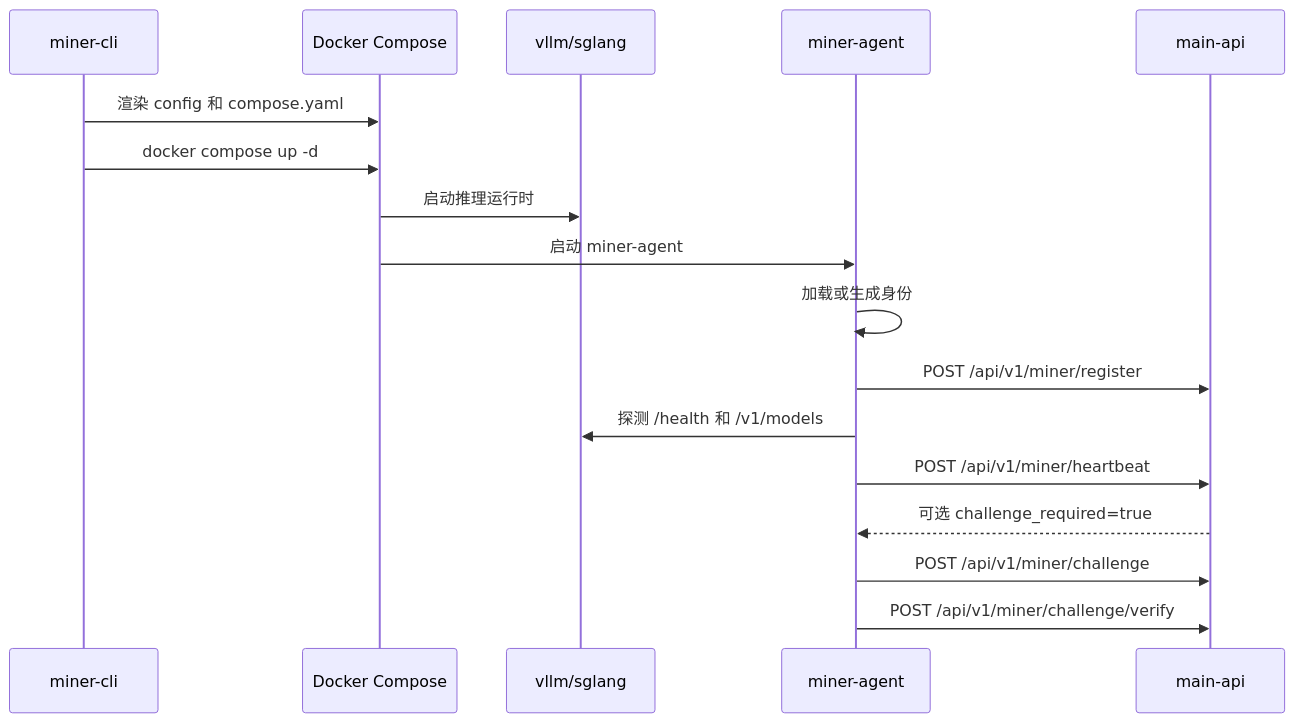
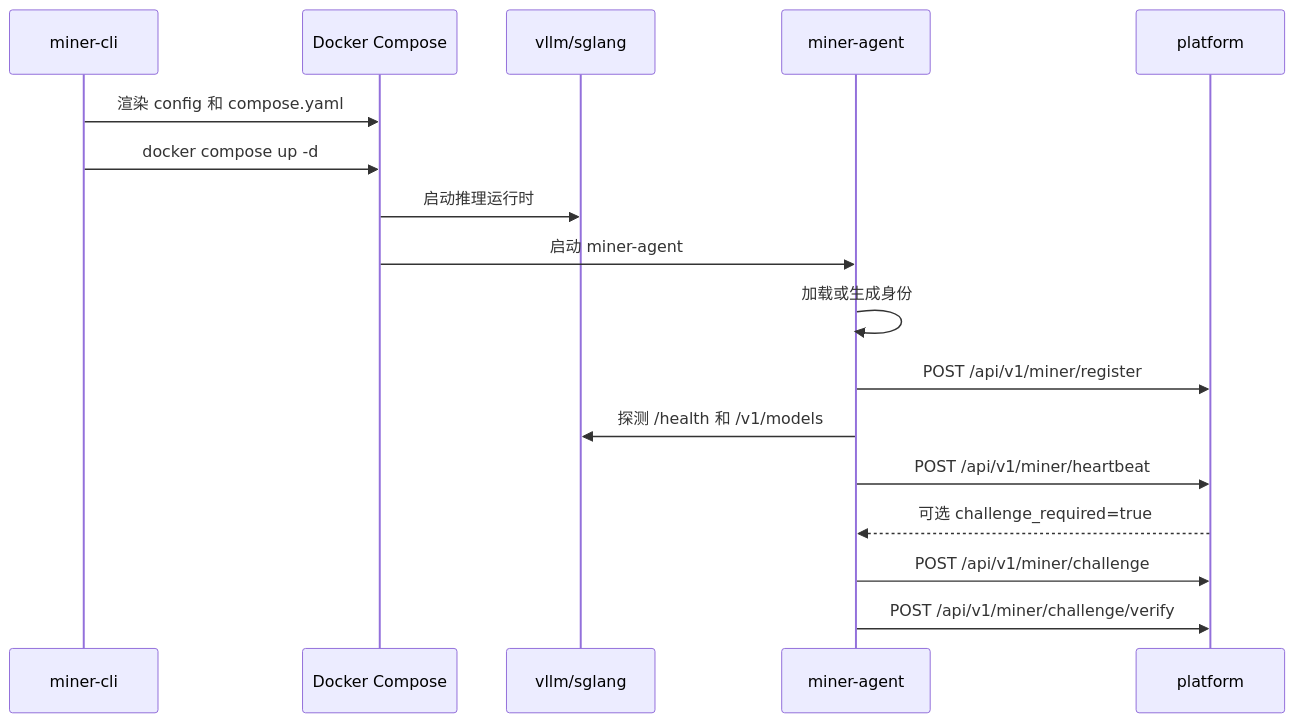
One commit to BTT-AI-labs/BTT-InferGrid-docs changed the second of 2 diagrams in i18n/zh-Hans/docusaurus-plugin-content-docs/current/architecture/topology-and-flows.md. Above: the diagram before and after it, drawn with Mermaid. The commit also changed other lines of this file and 2 other files, not shown here.

````diff
--- a/i18n/zh-Hans/docusaurus-plugin-content-docs/current/architecture/topology-and-flows.md
+++ b/i18n/zh-Hans/docusaurus-plugin-content-docs/current/architecture/topology-and-flows.md
@@ -46,20 +46,20 @@
 ```mermaid
 sequenceDiagram
   participant CLI as miner-cli
   participant Compose as Docker Compose
   participant Runtime as vllm/sglang
   participant Agent as miner-agent
-  participant API as main-api
+  participant API as platform
 
   CLI->>Compose: 渲染 config 和 compose.yaml
   CLI->>Compose: docker compose up -d
   Compose->>Runtime: 启动推理运行时
   Compose->>Agent: 启动 miner-agent
   Agent->>Agent: 加载或生成身份
   Agent->>API: POST /api/v1/miner/register
   Agent->>Runtime: 探测 /health 和 /v1/models
   Agent->>API: POST /api/v1/miner/heartbeat
   API-->>Agent: 可选 challenge_required=true
   Agent->>API: POST /api/v1/miner/challenge
   Agent->>API: POST /api/v1/miner/challenge/verify
 ```
````
